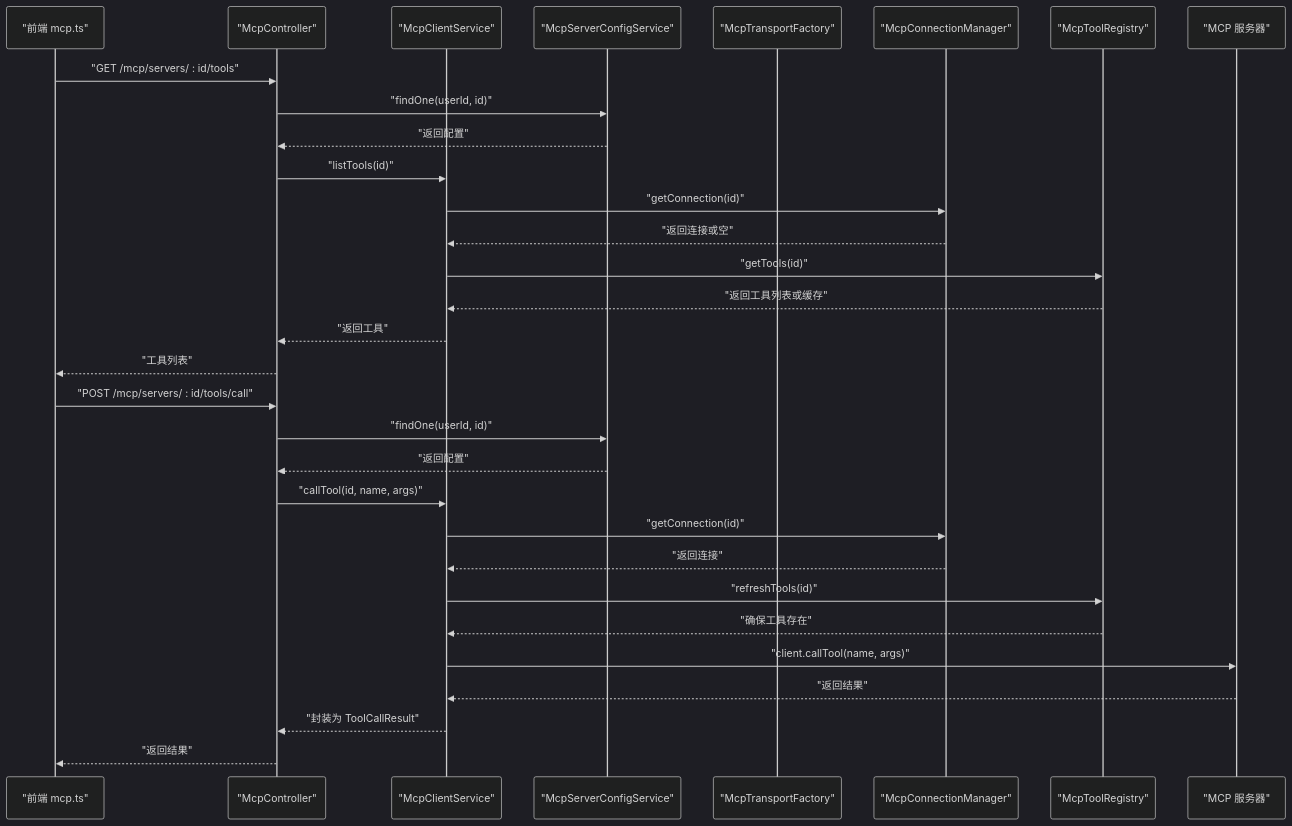
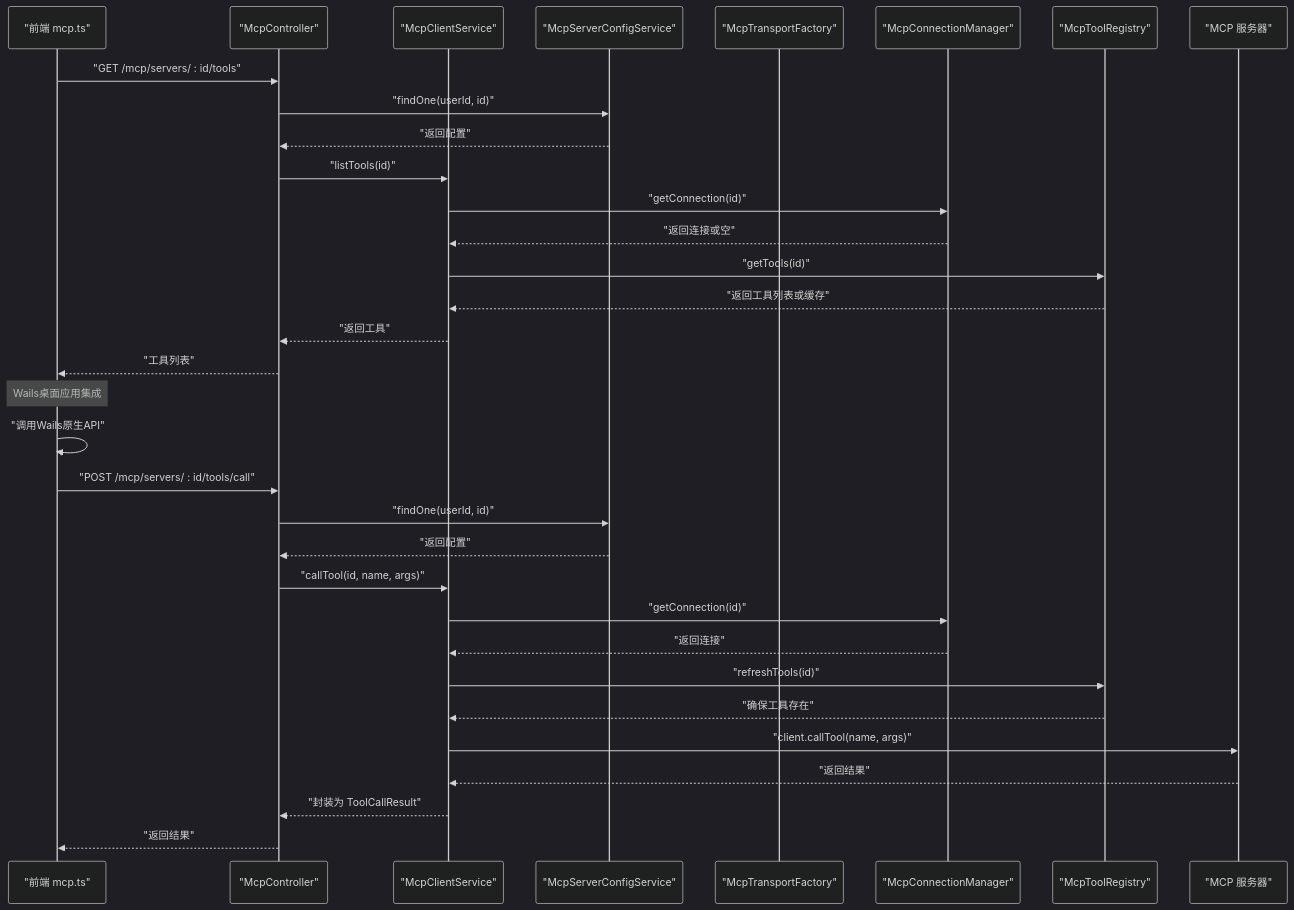
One commit to xixixiaoyu/Todo changed the second of 16 diagrams in .qoder/repowiki/zh/content/核心模块/MCP工具系统/MCP客户端集成.md. Above: the diagram before and after it, drawn with Mermaid (dark theme). The commit also changed other lines of this file and 5 other files, not shown here.

````diff
--- a/.qoder/repowiki/zh/content/核心模块/MCP工具系统/MCP客户端集成.md
+++ b/.qoder/repowiki/zh/content/核心模块/MCP工具系统/MCP客户端集成.md
@@ -122,33 +172,35 @@
 ```mermaid
 sequenceDiagram
 participant FE as "前端 mcp.ts"
 participant CTRL as "McpController"
 participant SVC as "McpClientService"
 participant CFG as "McpServerConfigService"
 participant TMF as "McpTransportFactory"
 participant CM as "McpConnectionManager"
 participant TR as "McpToolRegistry"
 participant MCP as "MCP 服务器"
 FE->>CTRL : "GET /mcp/servers/ : id/tools"
 CTRL->>CFG : "findOne(userId, id)"
 CFG-->>CTRL : "返回配置"
 CTRL->>SVC : "listTools(id)"
 SVC->>CM : "getConnection(id)"
 CM-->>SVC : "返回连接或空"
 SVC->>TR : "getTools(id)"
 TR-->>SVC : "返回工具列表或缓存"
 SVC-->>CTRL : "返回工具"
 CTRL-->>FE : "工具列表"
+Note over FE : Wails桌面应用集成
+FE->>FE : "调用Wails原生API"
 FE->>CTRL : "POST /mcp/servers/ : id/tools/call"
 CTRL->>CFG : "findOne(userId, id)"
 CFG-->>CTRL : "返回配置"
 CTRL->>SVC : "callTool(id, name, args)"
 SVC->>CM : "getConnection(id)"
 CM-->>SVC : "返回连接"
 SVC->>TR : "refreshTools(id)"
 TR-->>SVC : "确保工具存在"
 SVC->>MCP : "client.callTool(name, args)"
 MCP-->>SVC : "返回结果"
 SVC-->>CTRL : "封装为 ToolCallResult"
 CTRL-->>FE : "返回结果"
 ```
````
